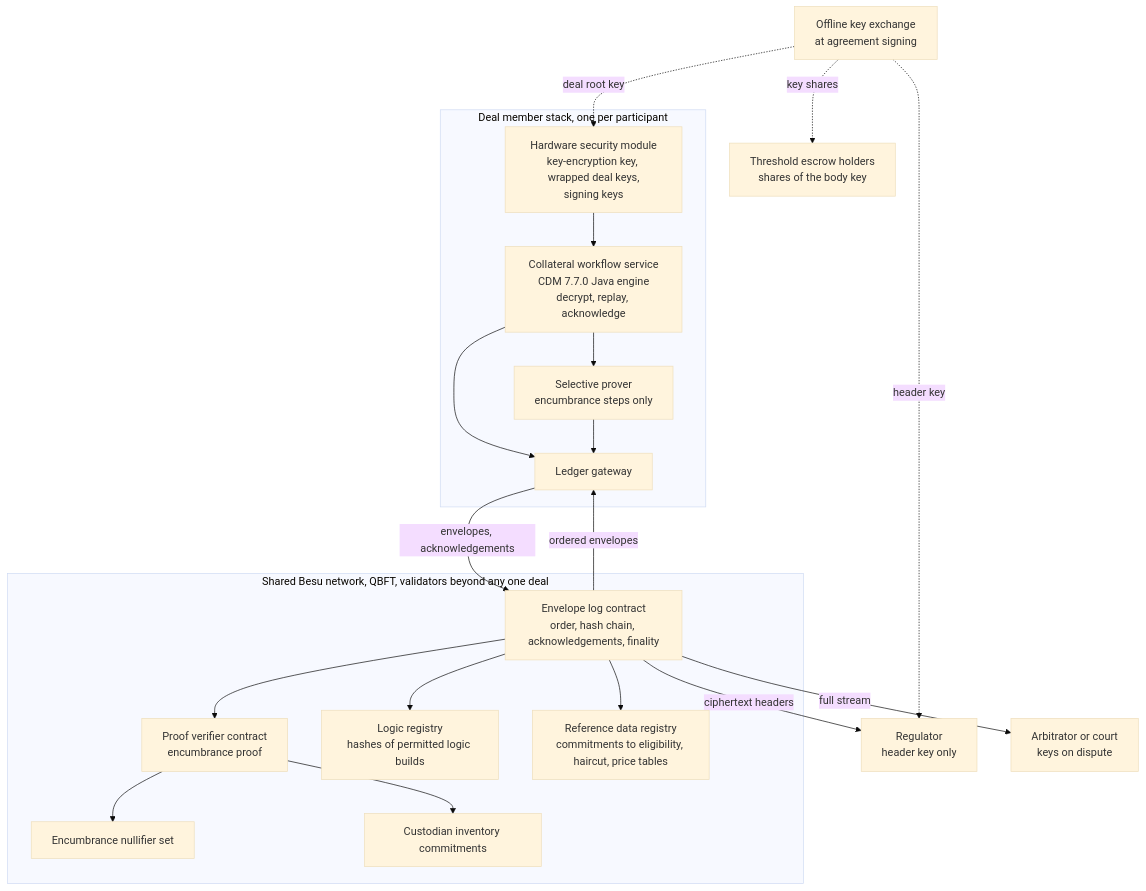
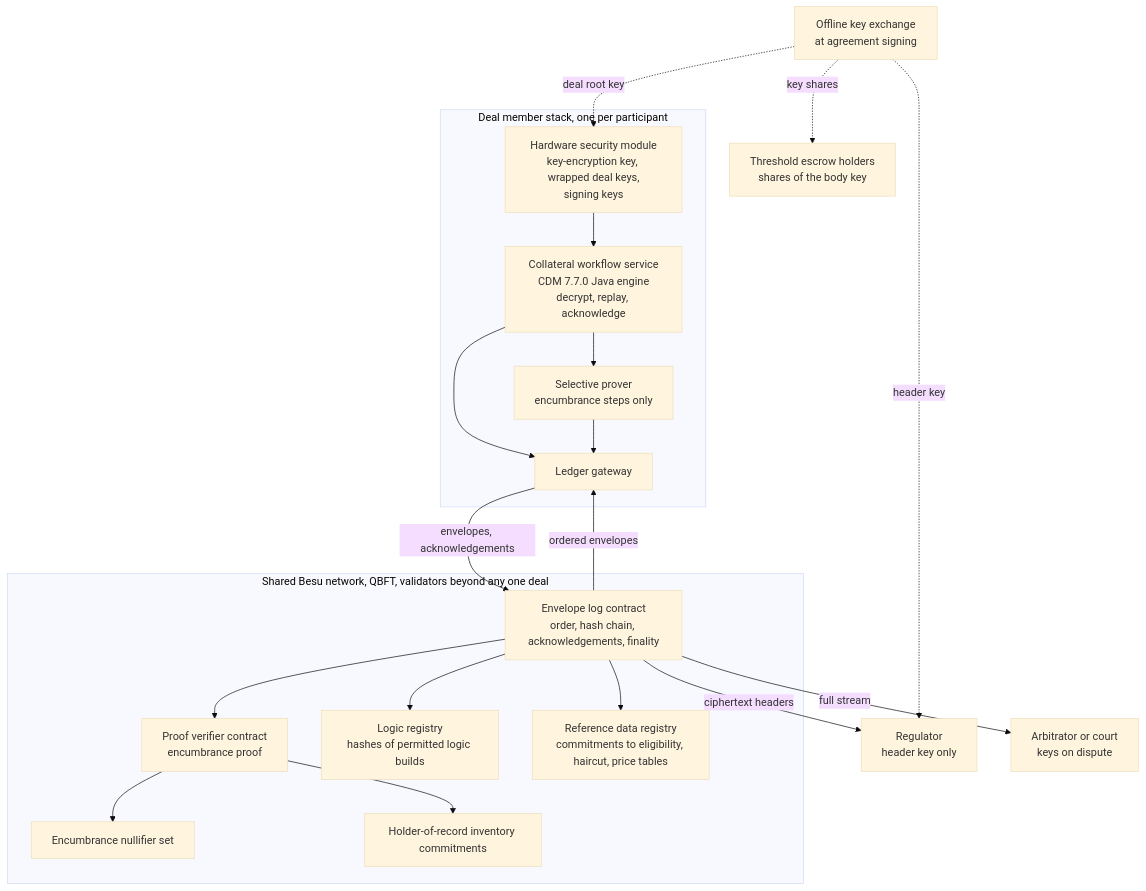
One commit to finos-hack/cdm-collateral changed the second of 10 diagrams in docs/architecture/onchain-privacy.md. Above: the diagram before and after it, drawn with Mermaid (base theme). The commit also changed other lines of this file, not shown here.

````diff
--- a/docs/architecture/onchain-privacy.md
+++ b/docs/architecture/onchain-privacy.md
@@ -308,40 +308,40 @@
 ```mermaid
 flowchart TB
   subgraph memberA["Deal member stack, one per participant"]
     WS["Collateral workflow service<br/>CDM 7.7.0 Java engine<br/>decrypt, replay, acknowledge"]
     SP["Selective prover<br/>encumbrance steps only"]
     KS["Hardware security module<br/>key-encryption key, wrapped deal keys,<br/>signing keys"]
     LG["Ledger gateway"]
     WS --> SP
     KS --> WS
     WS --> LG
     SP --> LG
   end
 
   subgraph chain["Shared Besu network, QBFT, validators beyond any one deal"]
     EL["Envelope log contract<br/>order, hash chain, acknowledgements, finality"]
     PV["Proof verifier contract<br/>encumbrance proof"]
     LR["Logic registry<br/>hashes of permitted logic builds"]
     RD["Reference data registry<br/>commitments to eligibility, haircut, price tables"]
     NS["Encumbrance nullifier set"]
-    IC["Custodian inventory commitments"]
+    IC["Holder-of-record inventory commitments"]
     EL --> PV
     EL --> LR
     EL --> RD
     PV --> NS
     PV --> IC
   end
 
   REG["Regulator<br/>header key only"]
   ARB["Arbitrator or court<br/>keys on dispute"]
   ESC["Threshold escrow holders<br/>shares of the body key"]
   OFF["Offline key exchange<br/>at agreement signing"]
 
   LG -- "envelopes, acknowledgements" --> EL
   EL -- "ordered envelopes" --> LG
   OFF -. "deal root key" .-> KS
   OFF -. "header key" .-> REG
   OFF -. "key shares" .-> ESC
   EL -- "ciphertext headers" --> REG
   EL -- "full stream" --> ARB
 ```
````
